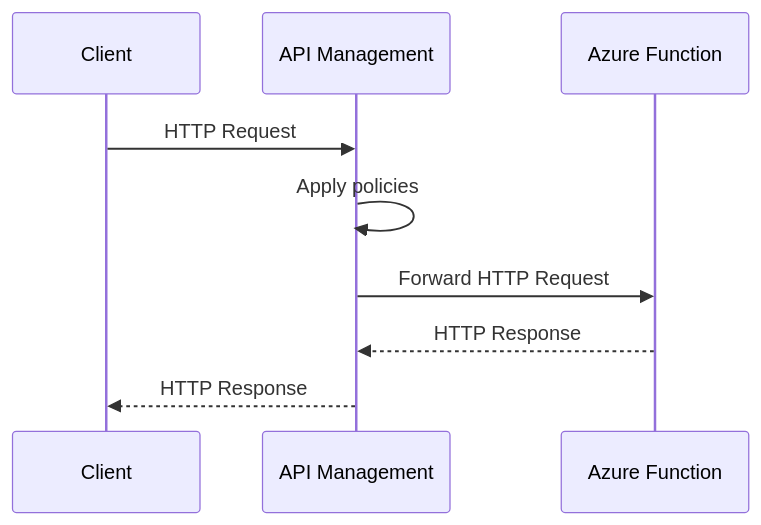
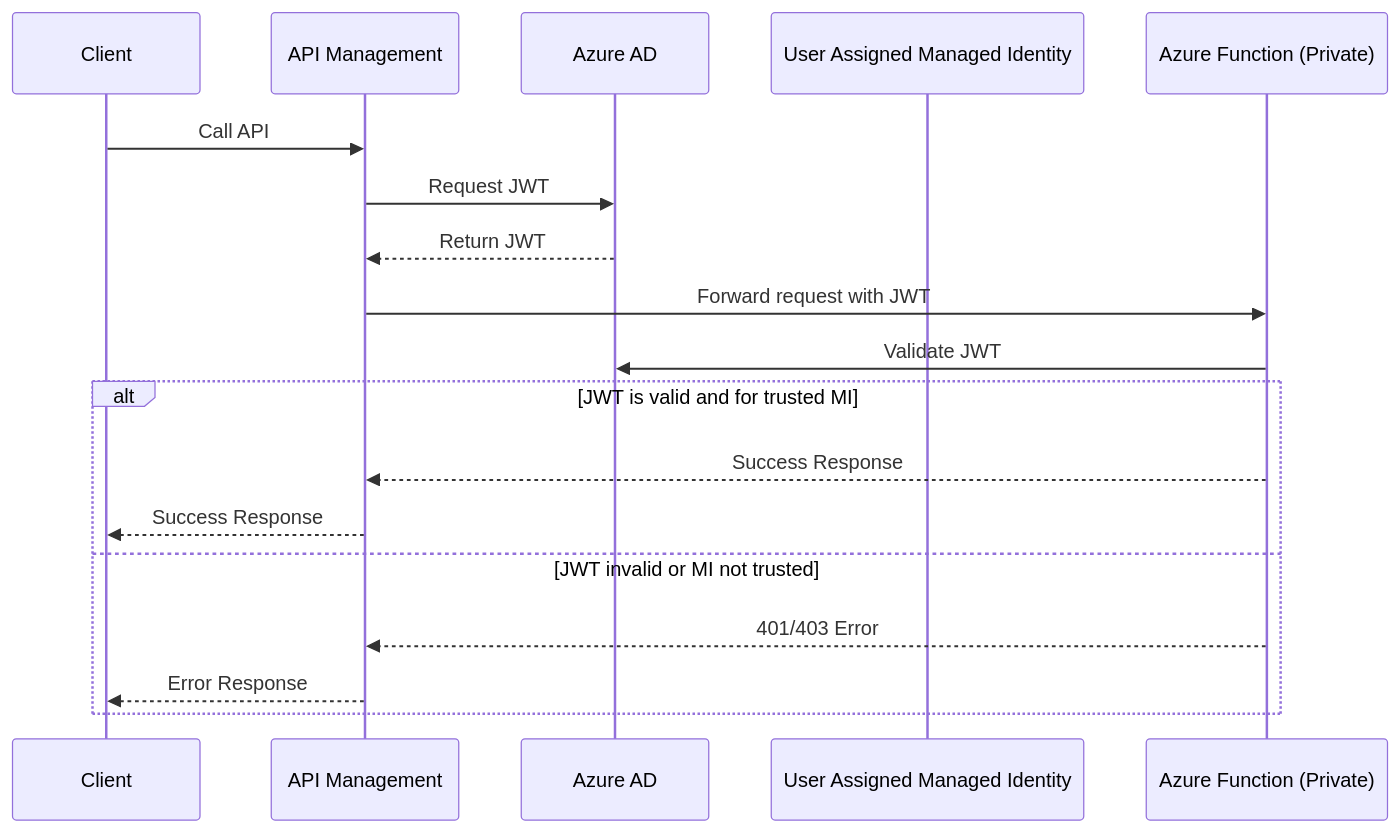
The diagram in apim-to-function.md (rukasakurai/apim-managed-identity-functions-containerapps), drawn with Mermaid before and after one commit. The commit also changed other lines of this file and 8 other files, not shown here.

Commit message:
7 entra auth between apim and azure function (#9)

````diff
--- a/apim-to-function.md
+++ b/apim-to-function.md
@@ -7,12 +7,21 @@
 ```mermaid
 sequenceDiagram
     participant Client
     participant APIM as API Management
-    participant Function as Azure Function
+    participant AAD as Azure AD
+    participant MI as User Assigned Managed Identity
+    participant Function as Azure Function (Private)
 
-    Client->>APIM: HTTP Request
-    APIM->>APIM: Apply policies
-    APIM->>Function: Forward HTTP Request
-    Function-->>APIM: HTTP Response
-    APIM-->>Client: HTTP Response
+    Client->>APIM: Call API
+    APIM->>AAD: Request JWT
+    AAD-->>APIM: Return JWT
+    APIM->>Function: Forward request with JWT
+    Function->>AAD: Validate JWT
+    alt JWT is valid and for trusted MI
+        Function-->>APIM: Success Response
+        APIM-->>Client: Success Response
+    else JWT invalid or MI not trusted
+        Function-->>APIM: 401/403 Error
+        APIM-->>Client: Error Response
+    end
 ```
````
